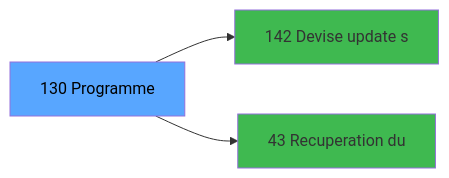
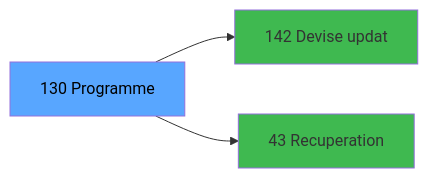
The third of 3 diagrams in .openspec/specs/ADH-IDE-130.md (thonyAGP/magic-migration), drawn with Mermaid before and after one commit. The commit also changed other lines of this file and 323 other files, not shown here.

````diff
--- a/.openspec/specs/ADH-IDE-130.md
+++ b/.openspec/specs/ADH-IDE-130.md
@@ -121,11 +141,11 @@
 ```mermaid
 graph LR
     T[130 Programme]
-    C142[142 Devise update s]
+    C142[142 Devise updat]
     T --> C142
-    C43[43 Recuperation du]
+    C43[43 Recuperation]
     T --> C43
     style T fill:#58a6ff,color:#000
     style C142 fill:#3fb950
     style C43 fill:#3fb950
 ```
````
